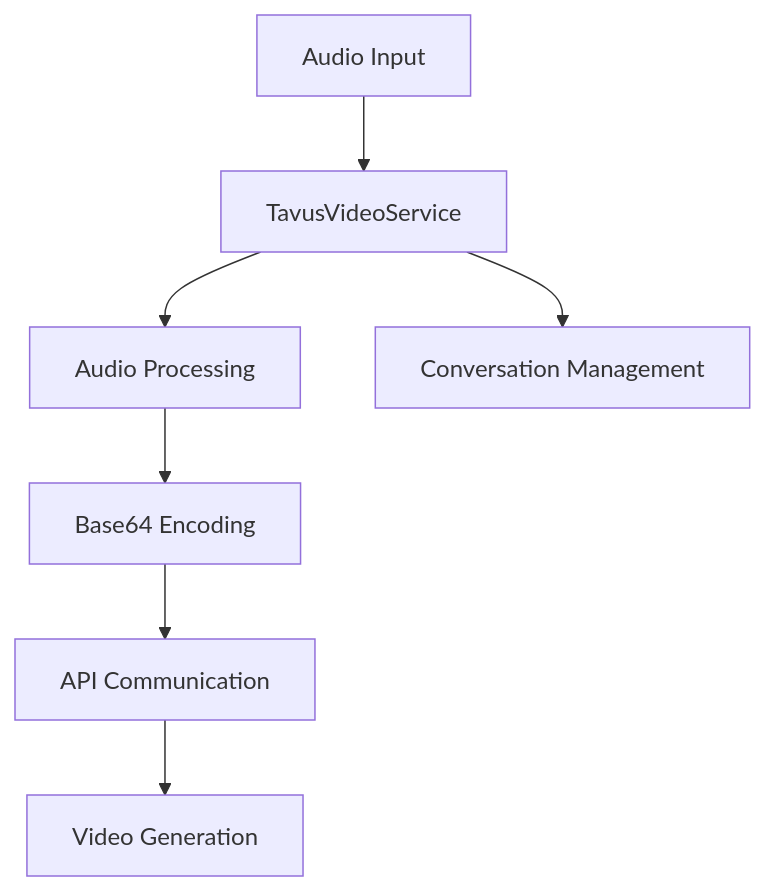
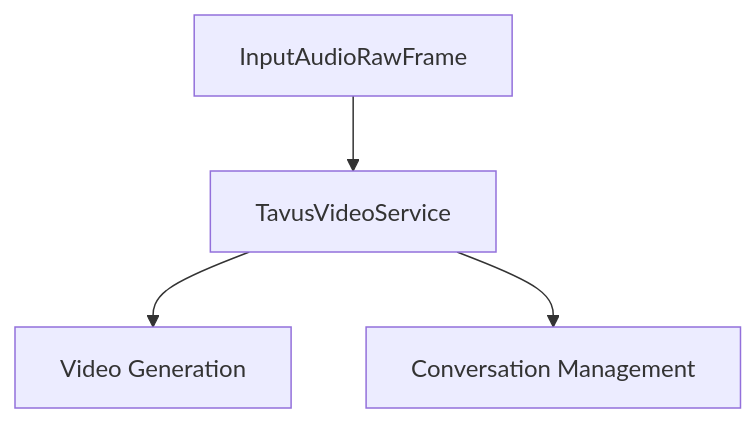
One commit to pipecat-ai/docs changed the diagram in api-reference/services/video/tavus.mdx. Above: the diagram before and after it, drawn with Mermaid. The commit also changed 25 other files, not shown here.

Commit message:
Clean up Frame Flow diagrams

````diff
--- a/api-reference/services/video/tavus.mdx
+++ b/api-reference/services/video/tavus.mdx
@@ -130,9 +130,6 @@
 ```mermaid
 graph TD
-    A[Audio Input] --> B[TavusVideoService]
-    B --> C[Audio Processing]
-    C --> D[Base64 Encoding]
-    D --> E[API Communication]
-    E --> F[Video Generation]
-    B --> G[Conversation Management]
+    A[InputAudioRawFrame] --> B[TavusVideoService]
+    B --> C[Video Generation]
+    B --> D[Conversation Management]
 ```
````
